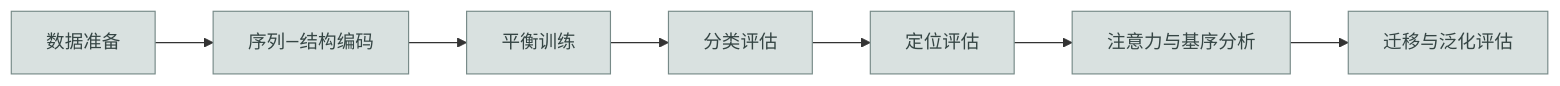
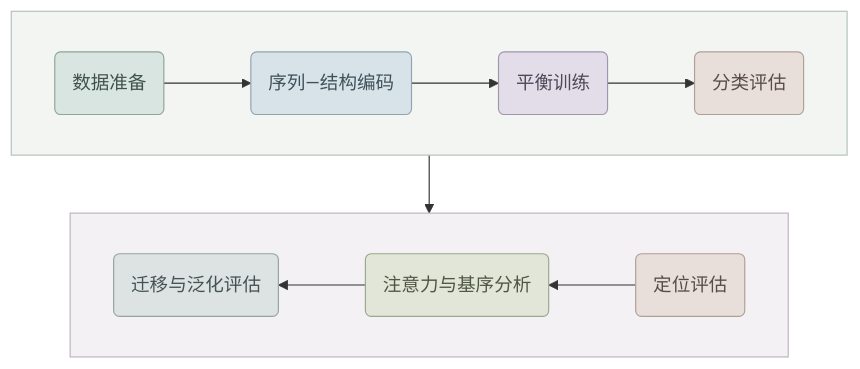
The sixth of 6 diagrams in README.md (CMB-BNU/mRModN_welcome_page), drawn with Mermaid before and after one commit. The commit also changed other lines of this file, not shown here.

````diff
--- a/README.md
+++ b/README.md
@@ -358,12 +376,30 @@
 ```mermaid
-flowchart LR
-    A[数据准备] --> B[序列—结构编码]
-    B --> C[平衡训练]
-    C --> D[分类评估]
-    D --> E[定位评估]
-    E --> F[注意力与基序分析]
-    F --> G[迁移与泛化评估]
+flowchart TB
+    subgraph TOP[ ]
+        direction LR
+        A(数据准备) --> B(序列—结构编码)
+        B --> C(平衡训练)
+        C --> D(分类评估)
+    end
+    subgraph BOTTOM[ ]
+        direction RL
+        E(定位评估) --> F(注意力与基序分析)
+        F --> G(迁移与泛化评估)
+    end
+    D --> E
 
-    classDef stage fill:#D9E1E0,stroke:#778A88,color:#354544,stroke-width:1px
-    class A,B,C,D,E,F,G stage
+    style TOP fill:#F2F5F2,stroke:#B4C1BA,stroke-width:1px
+    style BOTTOM fill:#F3F1F4,stroke:#BDB4C1,stroke-width:1px
+    classDef prepare fill:#D9E5E0,stroke:#8FA49A,color:#40534B,stroke-width:1px
+    classDef encode fill:#D8E3E9,stroke:#91A4AE,color:#40515A,stroke-width:1px
+    classDef train fill:#E2DDE8,stroke:#A295AE,color:#51475A,stroke-width:1px
+    classDef evaluate fill:#E8DFDA,stroke:#AF9F95,color:#5A4C45,stroke-width:1px
+    classDef interpret fill:#E2E6D9,stroke:#9CA78B,color:#4D5742,stroke-width:1px
+    classDef transfer fill:#DDE3E2,stroke:#93A4A3,color:#455352,stroke-width:1px
+    class A prepare
+    class B encode
+    class C train
+    class D,E evaluate
+    class F interpret
+    class G transfer
 ```
````
